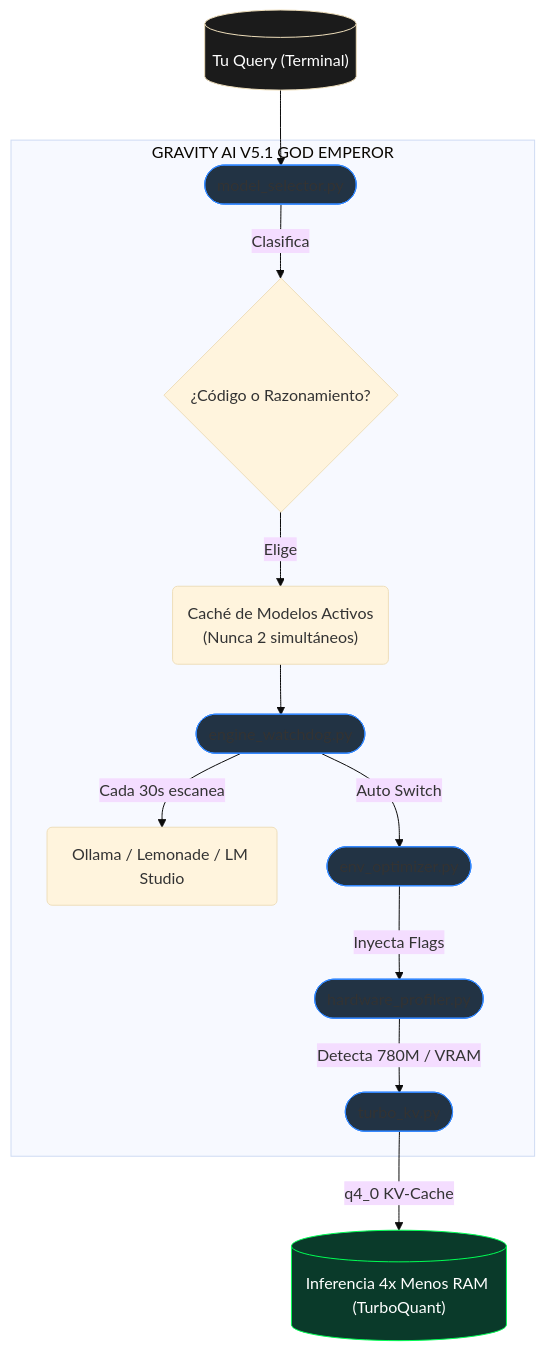
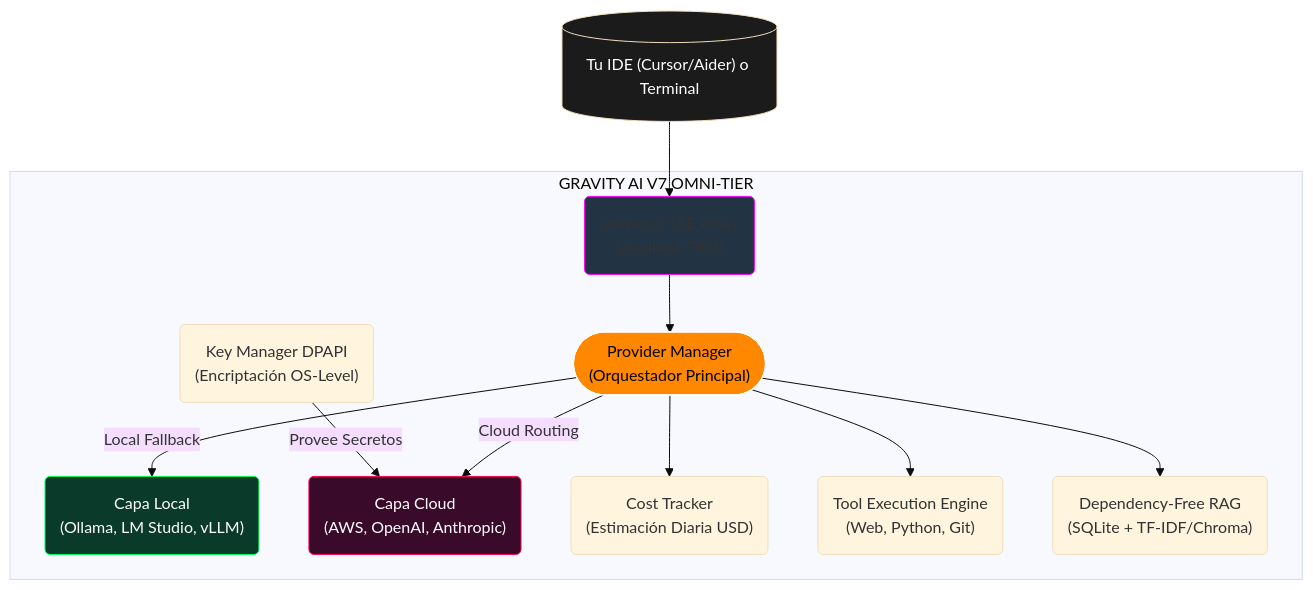
One commit to DarckRovert/Gravity_AI_bridge changed the diagram in README.md. Above: the diagram before and after it, drawn with Mermaid (base theme). The commit also changed other lines of this file and 108 other files, not shown here.

Commit message:
feat/docs: Refactorización masiva, solución de dependencias y migración V7.0 Omni-Tier completada

````diff
--- a/README.md
+++ b/README.md
@@ -33,27 +33,24 @@
 ```mermaid
 graph TD;
-    U[("Tu Query (Terminal)")] --> M(["model_selector.py"]);
+    U[("Tu IDE (Cursor/Aider) o Terminal")] --> server("Universal SSE Proxy\nLocalhost:7860");
     
-    subgraph "GRAVITY AI V5.1 GOD EMPEROR"
-        M -->|Clasifica| C{"¿Código o Razonamiento?"}
-        C -->|Elige| Cache("Caché de Modelos Activos\n(Nunca 2 simultáneos)")
+    subgraph "GRAVITY AI V7 OMNI-TIER"
+        server --> PM(["Provider Manager\n(Orquestador Principal)"]);
         
-        Cache --> W(["engine_watchdog.py"])
+        PM -->|Local Fallback| local("Capa Local\n(Ollama, LM Studio, vLLM)")
+        PM -->|Cloud Routing| cloud("Capa Cloud\n(AWS, OpenAI, Anthropic)")
         
-        W -->|"Cada 30s escanea"| D("Ollama / Lemonade / LM Studio")
-        W -->|"Auto Switch"| E(["env_optimizer.py"])
+        PM --> cost("Cost Tracker\n(Estimación Diaria USD)")
         
-        E -->|"Inyecta Flags"| HW(["hardware_profiler.py"])
-        HW -->|"Detecta 780M / VRAM"| TK(["turbo_kv.py"])
+        KM("Key Manager DPAPI\n(Encriptación OS-Level)") -->|Provee Secretos| cloud
+        
+        PM --> tools("Tool Execution Engine\n(Web, Python, Git)")
+        PM --> rag("Dependency-Free RAG\n(SQLite + TF-IDF/Chroma)")
     end
     
-    TK -->|"q4_0 KV-Cache"| F[("Inferencia 4x Menos RAM (TurboQuant)")]
-    
     style U fill:#1b1b1b,stroke:#0ffff,color:#fff
-    style M fill:#223344,stroke:#3388ff
-    style W fill:#223344,stroke:#3388ff
-    style E fill:#223344,stroke:#3388ff
-    style HW fill:#223344,stroke:#3388ff
-    style TK fill:#223344,stroke:#3388ff
-    style F fill:#0a3a2a,stroke:#00ff55,color:#fff
+    style server fill:#223344,stroke:#ff00ff
+    style PM fill:#ff8800,stroke:#ffffff,color:#000
+    style local fill:#0a3a2a,stroke:#00ff55,color:#fff
+    style cloud fill:#3a0a2a,stroke:#ff0055,color:#fff
 ```
````
